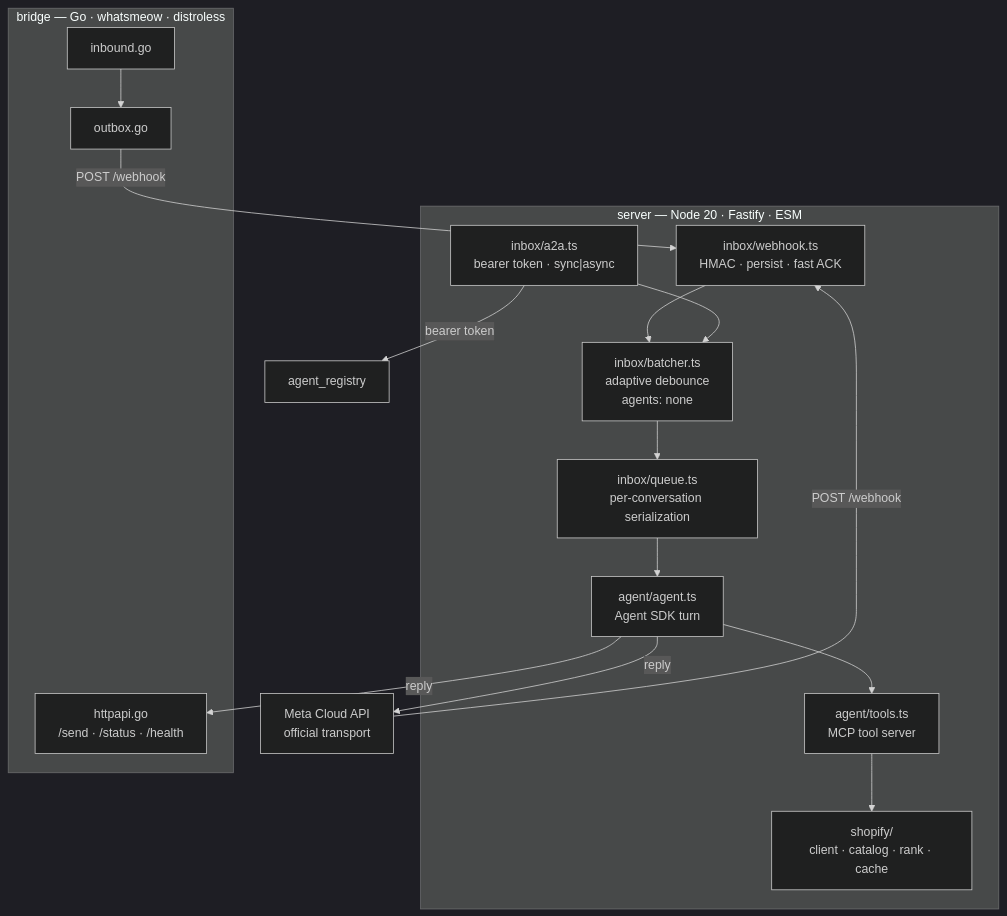
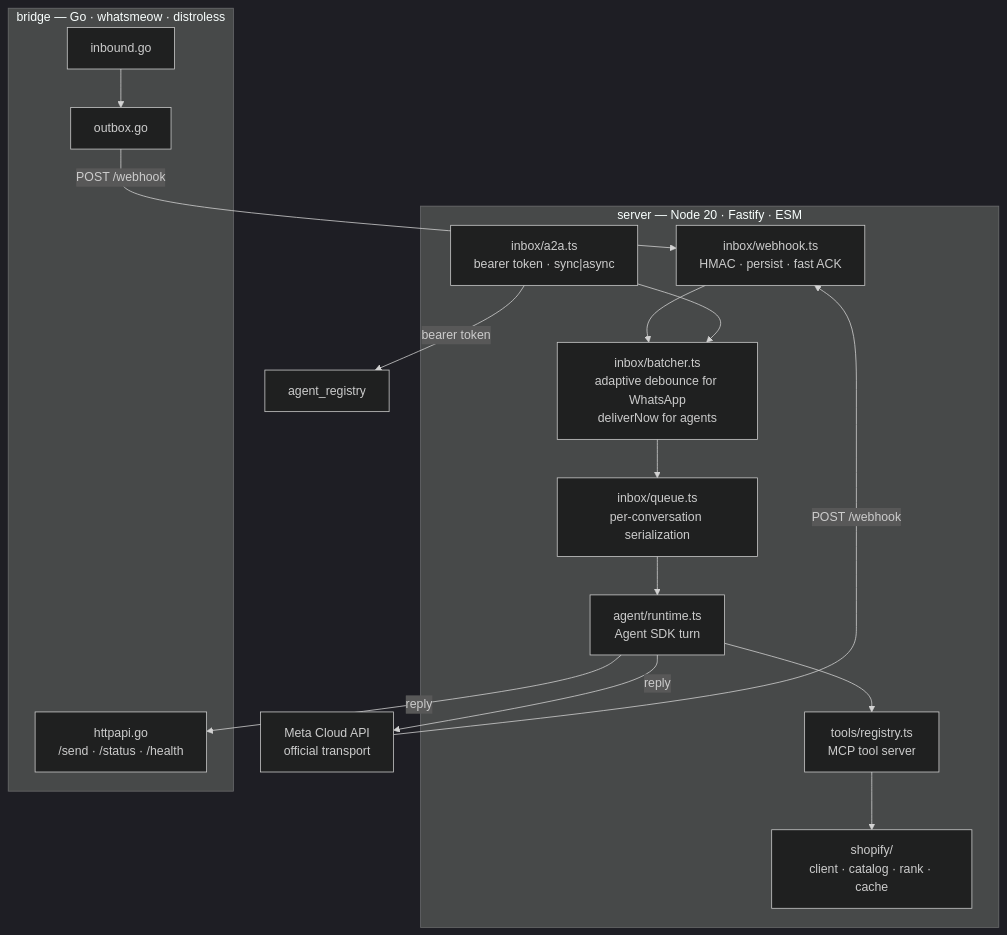
Before and after one commit to santiagoposadag/ShopifyVitrina: the first of 2 diagrams in docs/01-arquitectura/README.md, drawn with Mermaid (dark theme). The commit also changed other lines of this file and 10 other files, not shown here.

````diff
--- a/docs/01-arquitectura/README.md
+++ b/docs/01-arquitectura/README.md
@@ -3,29 +3,29 @@
 ```mermaid
 graph TB
     subgraph SRV["server — Node 20 · Fastify · ESM"]
         WH["inbox/webhook.ts<br/>HMAC · persist · fast ACK"]
         A2A["inbox/a2a.ts<br/>bearer token · sync|async"]
-        BA["inbox/batcher.ts<br/>adaptive debounce<br/>agents: none"]
+        BA["inbox/batcher.ts<br/>adaptive debounce for WhatsApp<br/>deliverNow for agents"]
         QU["inbox/queue.ts<br/>per-conversation serialization"]
-        AG["agent/agent.ts<br/>Agent SDK turn"]
-        TO["agent/tools.ts<br/>MCP tool server"]
+        AG["agent/runtime.ts<br/>Agent SDK turn"]
+        TO["tools/registry.ts<br/>MCP tool server"]
         SH["shopify/<br/>client · catalog · rank · cache"]
     end
 
     subgraph BRG["bridge — Go · whatsmeow · distroless"]
         IN["inbound.go"]
         OB["outbox.go"]
         AP["httpapi.go<br/>/send · /status · /health"]
     end
 
     META["Meta Cloud API<br/>official transport"]
 
     IN --> OB -->|"POST /webhook"| WH
     META -->|"POST /webhook"| WH
     A2A -->|"bearer token"| DB["agent_registry"]
     WH --> BA
     A2A --> BA
     BA --> QU --> AG --> TO --> SH
     AG -->|"reply"| AP
     AG -->|"reply"| META
 ```
````
